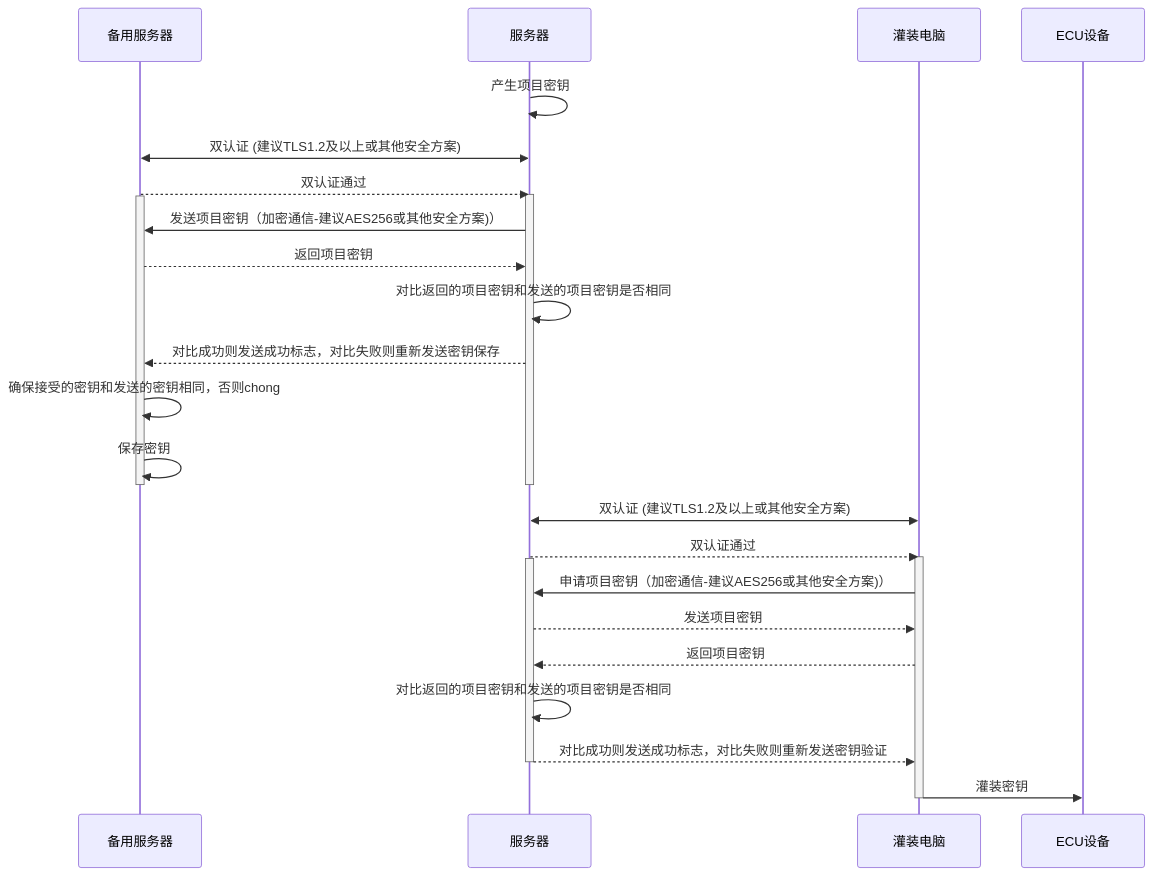
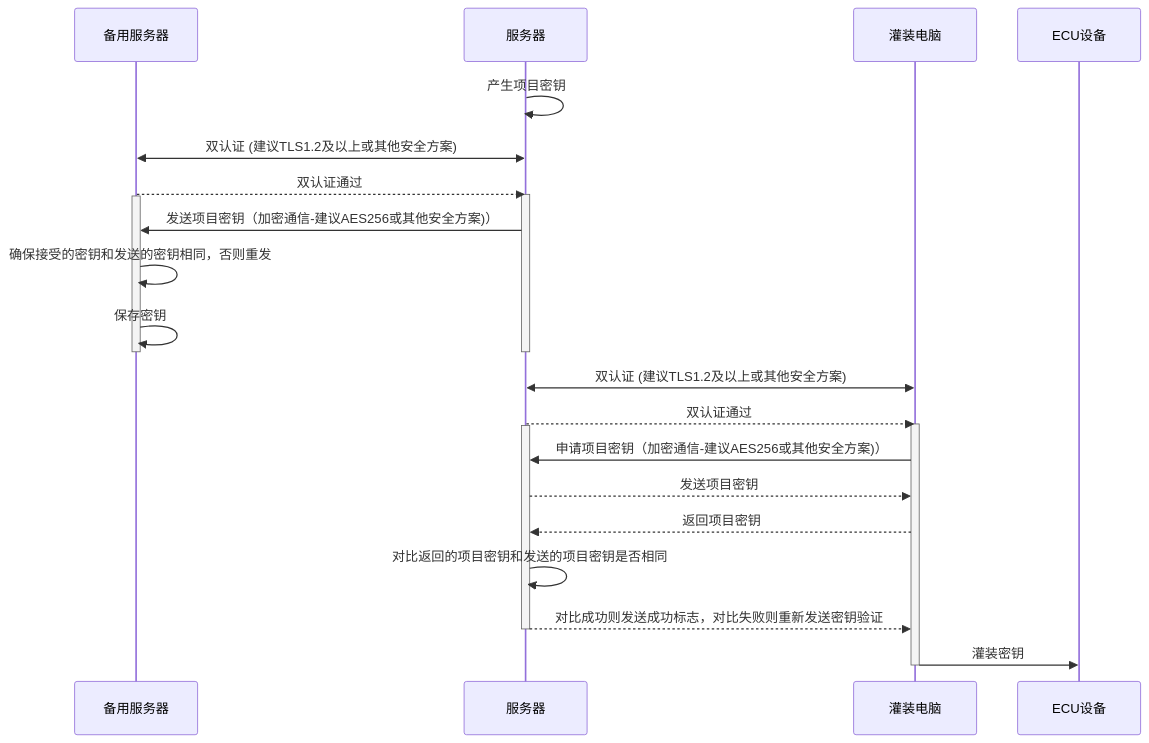
Before and after one commit to facebook-cloud/iodraw-files: the diagram in all/未命名-10.md, drawn with Mermaid.

Commit message:
2026-01-23 13:41:46 update

````diff
--- a/all/未命名-10.md
+++ b/all/未命名-10.md
@@ -1,36 +1,33 @@
 ```mermaid
 sequenceDiagram
     participant B as 备用服务器
     participant A as 服务器
     participant C as 灌装电脑
     participant D as ECU设备
 
     A->>A: 产生项目密钥
     A<<->>B: 双认证 (建议TLS1.2及以上或其他安全方案)
     B-->>A: 双认证通过
     activate A
     activate B
     A->>B: 发送项目密钥（加密通信-建议AES256或其他安全方案)）
-    B-->>A: 返回项目密钥
 
-    A->>A: 对比返回的项目密钥和发送的项目密钥是否相同
-    A-->>B: 对比成功则发送成功标志，对比失败则重新发送密钥保存
-    B->>B: 确保接受的密钥和发送的密钥相同，否则chong
+    B->>B: 确保接受的密钥和发送的密钥相同，否则重发
     B->>B: 保存密钥
     deactivate B
     deactivate A
 
     C<<->>A: 双认证 (建议TLS1.2及以上或其他安全方案)
     A-->>C: 双认证通过
     activate C
     activate A
     C->>A: 申请项目密钥（加密通信-建议AES256或其他安全方案)）
     A-->>C: 发送项目密钥
     C-->>A: 返回项目密钥
     A->>A: 对比返回的项目密钥和发送的项目密钥是否相同
     A-->>C: 对比成功则发送成功标志，对比失败则重新发送密钥验证
     deactivate A
     C->>D: 灌装密钥
     deactivate C
 
 ```
````
